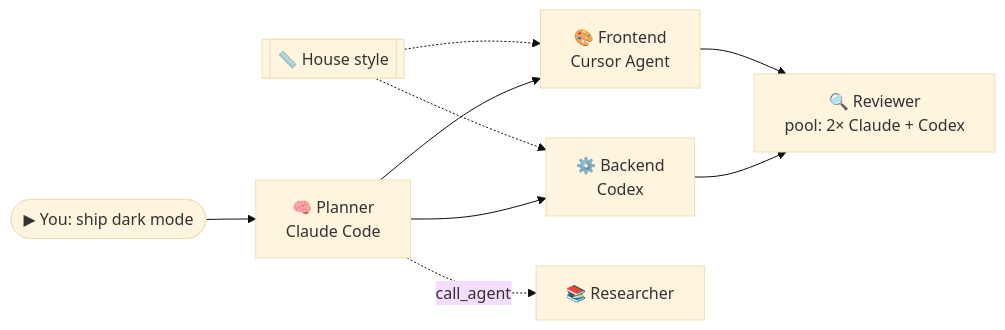
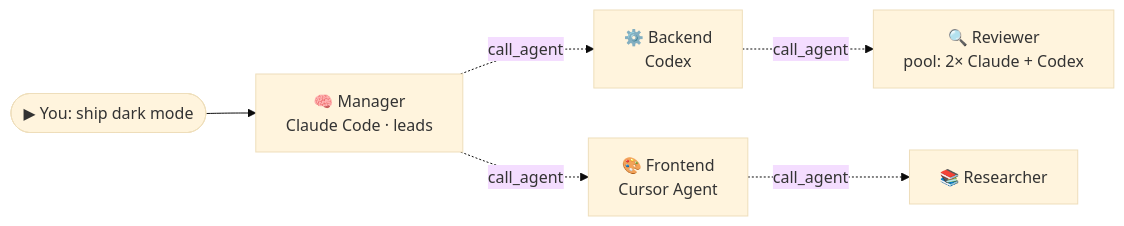
One commit to geniro-io/geniro-app changed the diagram in README.md. Above: the diagram before and after it, drawn with Mermaid (base theme). The commit also changed other lines of this file and 654 other files, not shown here.

````diff
--- a/README.md
+++ b/README.md
@@ -204,11 +204,8 @@
 ```mermaid
 flowchart LR
-  T(["▶ You: ship dark mode"]) --> P["🧠 Planner<br/>Claude Code"]
-  P --> B["⚙️ Backend<br/>Codex"]
-  P --> F["🎨 Frontend<br/>Cursor Agent"]
-  S[["📏 House style"]] -.-> B
-  S -.-> F
-  B --> R["🔍 Reviewer<br/>pool: 2× Claude + Codex"]
-  F --> R
-  P -. call_agent .-> X["📚 Researcher"]
+  T(["▶ You: ship dark mode"]) --> M["🧠 Manager<br/>Claude Code · leads"]
+  M -. call_agent .-> B["⚙️ Backend<br/>Codex"]
+  M -. call_agent .-> F["🎨 Frontend<br/>Cursor Agent"]
+  B -. call_agent .-> R["🔍 Reviewer<br/>pool: 2× Claude + Codex"]
+  F -. call_agent .-> X["📚 Researcher"]
 ```
````
